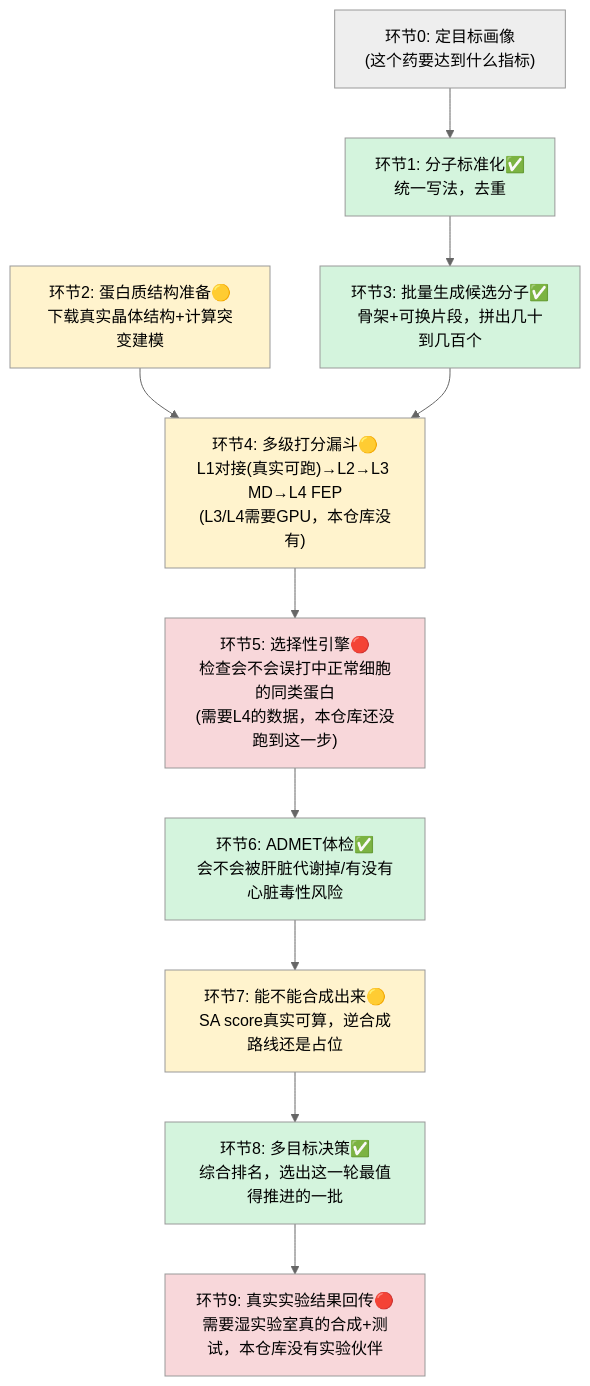
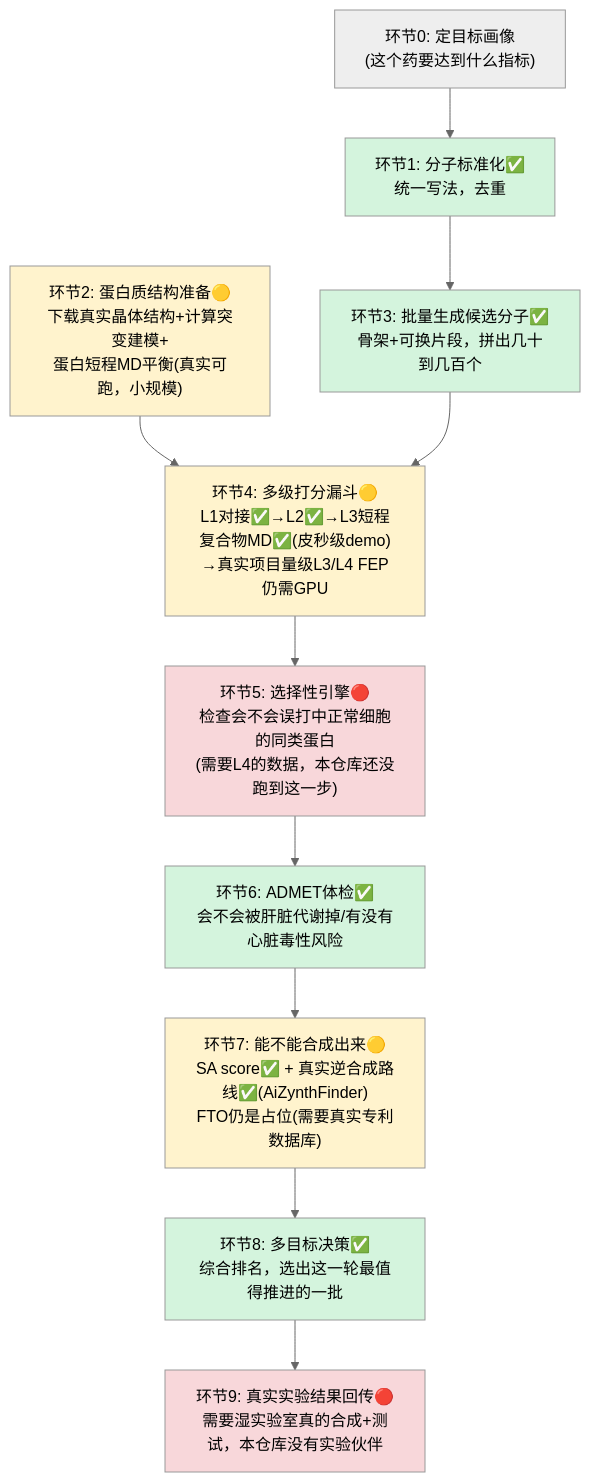
Before and after one commit to aidd-river-lab/egfr-4-drug: the third of 7 diagrams in doc/16-visual-dashboard.md, drawn with Mermaid (neutral theme). The commit also changed 12 other files, not shown here.

````diff
--- a/doc/16-visual-dashboard.md
+++ b/doc/16-visual-dashboard.md
@@ -52,23 +52,23 @@
 ```mermaid
 flowchart TD
     S0["环节0: 定目标画像\n(这个药要达到什么指标)"] --> S1
     S1["环节1: 分子标准化✅\n统一写法，去重"] --> S3
-    S2["环节2: 蛋白质结构准备🟡\n下载真实晶体结构+计算突变建模"] --> S4
+    S2["环节2: 蛋白质结构准备🟡\n下载真实晶体结构+计算突变建模+\n蛋白短程MD平衡(真实可跑，小规模)"] --> S4
     S3["环节3: 批量生成候选分子✅\n骨架+可换片段，拼出几十到几百个"] --> S4
-    S4["环节4: 多级打分漏斗🟡\nL1对接(真实可跑)→L2→L3 MD→L4 FEP\n(L3/L4需要GPU，本仓库没有)"] --> S5
+    S4["环节4: 多级打分漏斗🟡\nL1对接✅→L2✅→L3短程复合物MD✅(皮秒级demo)\n→真实项目量级L3/L4 FEP仍需GPU"] --> S5
     S5["环节5: 选择性引擎🔴\n检查会不会误打中正常细胞的同类蛋白\n(需要L4的数据，本仓库还没跑到这一步)"] --> S6
     S6["环节6: ADMET体检✅\n会不会被肝脏代谢掉/有没有心脏毒性风险"] --> S7
-    S7["环节7: 能不能合成出来🟡\nSA score真实可算，逆合成路线还是占位"] --> S8
+    S7["环节7: 能不能合成出来🟡\nSA score✅ + 真实逆合成路线✅(AiZynthFinder)\nFTO仍是占位(需要真实专利数据库)"] --> S8
     S8["环节8: 多目标决策✅\n综合排名，选出这一轮最值得推进的一批"] --> S9
     S9["环节9: 真实实验结果回传🔴\n需要湿实验室真的合成+测试，本仓库没有实验伙伴"]
 
     style S1 fill:#d4f4dd
     style S3 fill:#d4f4dd
     style S6 fill:#d4f4dd
     style S8 fill:#d4f4dd
     style S2 fill:#fff3cd
     style S4 fill:#fff3cd
     style S7 fill:#fff3cd
     style S5 fill:#f8d7da
     style S9 fill:#f8d7da
 ```
````
